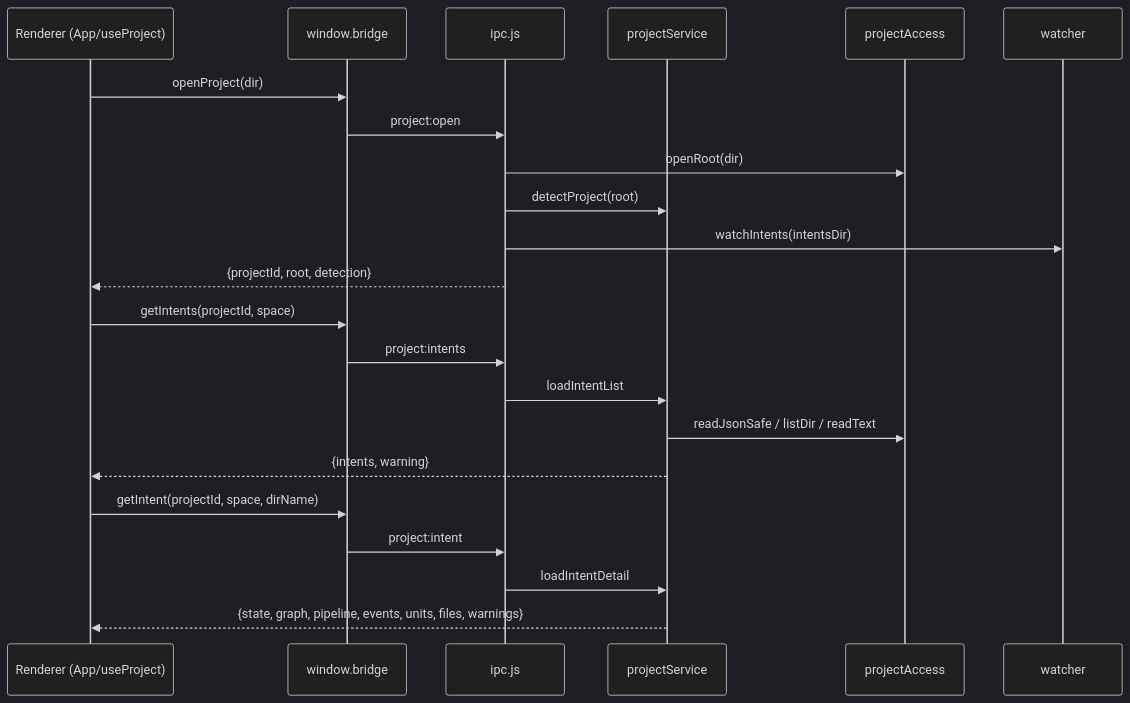
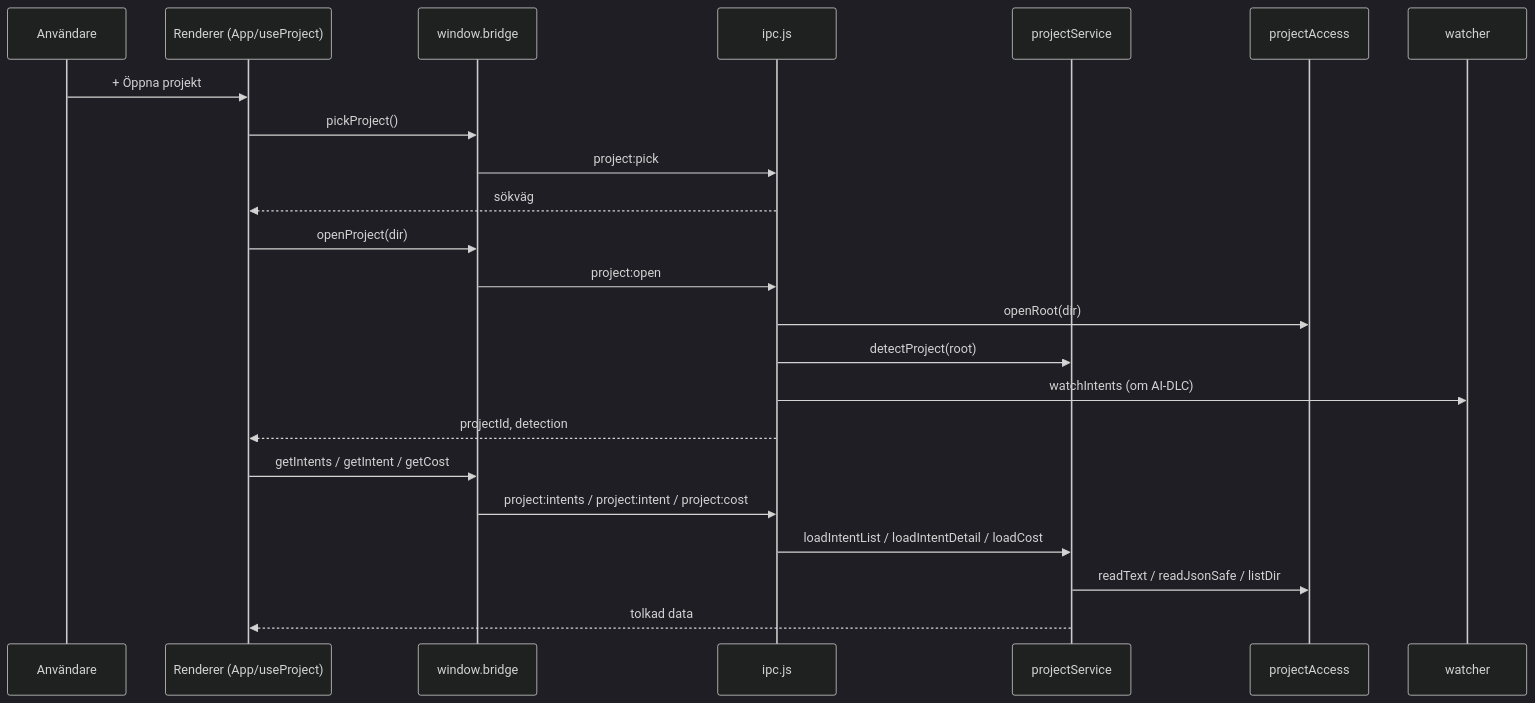
The second of 4 diagrams in aidlc/spaces/default/codekb/aidlc-dash/architecture.md (tochman/ai-dlc-thadeus), drawn with Mermaid (dark theme) before and after one commit. The commit also changed other lines of this file and 74 other files, not shown here.

````diff
--- a/aidlc/spaces/default/codekb/aidlc-dash/architecture.md
+++ b/aidlc/spaces/default/codekb/aidlc-dash/architecture.md
@@ -78,24 +83,25 @@
 ```mermaid
 sequenceDiagram
+  participant U as Användare
   participant R as Renderer (App/useProject)
   participant B as window.bridge
   participant I as ipc.js
   participant S as projectService
   participant A as projectAccess
   participant W as watcher
+  U->>R: + Öppna projekt
+  R->>B: pickProject()
+  B->>I: project:pick
+  I-->>R: sökväg
   R->>B: openProject(dir)
   B->>I: project:open
   I->>A: openRoot(dir)
   I->>S: detectProject(root)
-  I->>W: watchIntents(intentsDir)
-  I-->>R: {projectId, root, detection}
-  R->>B: getIntents(projectId, space)
-  B->>I: project:intents
-  I->>S: loadIntentList
-  S->>A: readJsonSafe / listDir / readText
-  S-->>R: {intents, warning}
-  R->>B: getIntent(projectId, space, dirName)
-  B->>I: project:intent
-  I->>S: loadIntentDetail
-  S-->>R: {state, graph, pipeline, events, units, files, warnings}
+  I->>W: watchIntents (om AI-DLC)
+  I-->>R: projectId, detection
+  R->>B: getIntents / getIntent / getCost
+  B->>I: project:intents / project:intent / project:cost
+  I->>S: loadIntentList / loadIntentDetail / loadCost
+  S->>A: readText / readJsonSafe / listDir
+  S-->>R: tolkad data
 ```
````
